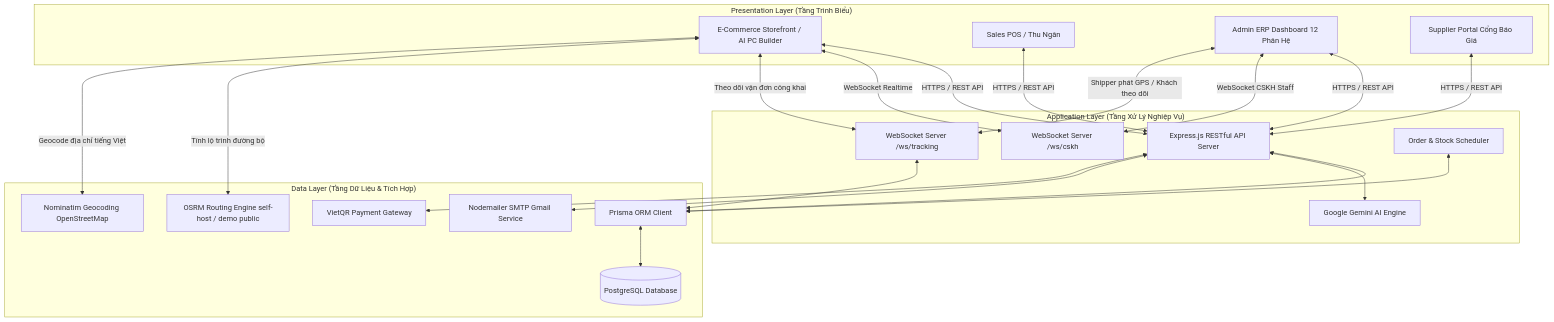
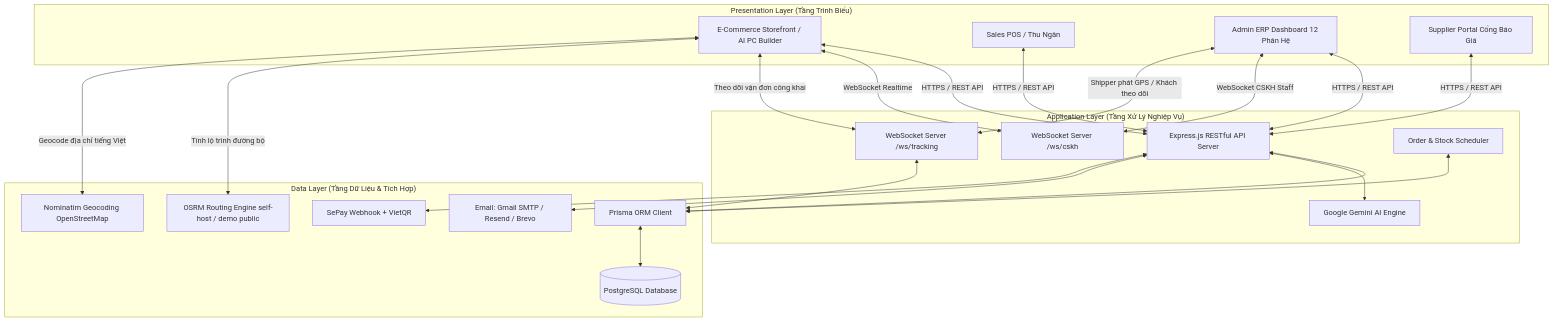
Before and after one commit to hoangmkid12/ERP_AetherPC: the first of 3 diagrams in README.md, drawn with Mermaid. The commit also changed other lines of this file, not shown here.

````diff
--- a/README.md
+++ b/README.md
@@ -45,45 +48,45 @@
 ```mermaid
 graph TD
     subgraph "Presentation Layer (Tầng Trình Biểu)"
         UI1[E-Commerce Storefront / AI PC Builder]
         UI2[Sales POS / Thu Ngân]
         UI3[Admin ERP Dashboard 12 Phân Hệ]
         UI4[Supplier Portal Cổng Báo Giá]
     end
 
     subgraph "Application Layer (Tầng Xử Lý Nghiệp Vụ)"
         API[Express.js RESTful API Server]
         WSC[WebSocket Server /ws/cskh]
         WST[WebSocket Server /ws/tracking]
         AI[Google Gemini AI Engine]
         SCH[Order & Stock Scheduler]
     end
 
     subgraph "Data Layer (Tầng Dữ Liệu & Tích Hợp)"
         DB[(PostgreSQL Database)]
         ORM[Prisma ORM Client]
-        SMTP[Nodemailer SMTP Gmail Service]
-        QR[VietQR Payment Gateway]
+        SMTP[Email: Gmail SMTP / Resend / Brevo]
+        QR[SePay Webhook + VietQR]
         OSRM[OSRM Routing Engine self-host / demo public]
         NOM[Nominatim Geocoding OpenStreetMap]
     end
 
     UI1 <-->|HTTPS / REST API| API
     UI1 <-->|WebSocket Realtime| WSC
     UI1 <-->|Theo dõi vận đơn công khai| WST
     UI2 <-->|HTTPS / REST API| API
     UI3 <-->|HTTPS / REST API| API
     UI3 <-->|WebSocket CSKH Staff| WSC
     UI3 <-->|Shipper phát GPS / Khách theo dõi| WST
     UI4 <-->|HTTPS / REST API| API
 
     API <--> ORM
     ORM <--> DB
     API <--> AI
     API <--> SMTP
     API <--> QR
     UI1 <-->|Tính lộ trình đường bộ| OSRM
     UI1 <-->|Geocode địa chỉ tiếng Việt| NOM
     WST <--> ORM
     SCH <--> ORM
 ```
````
